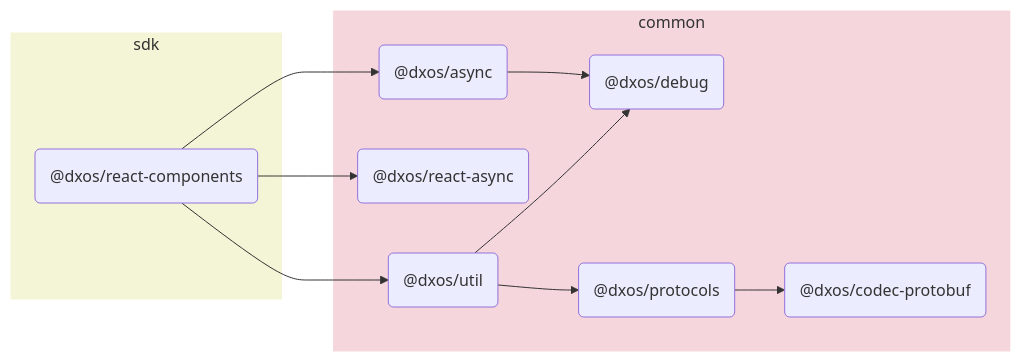
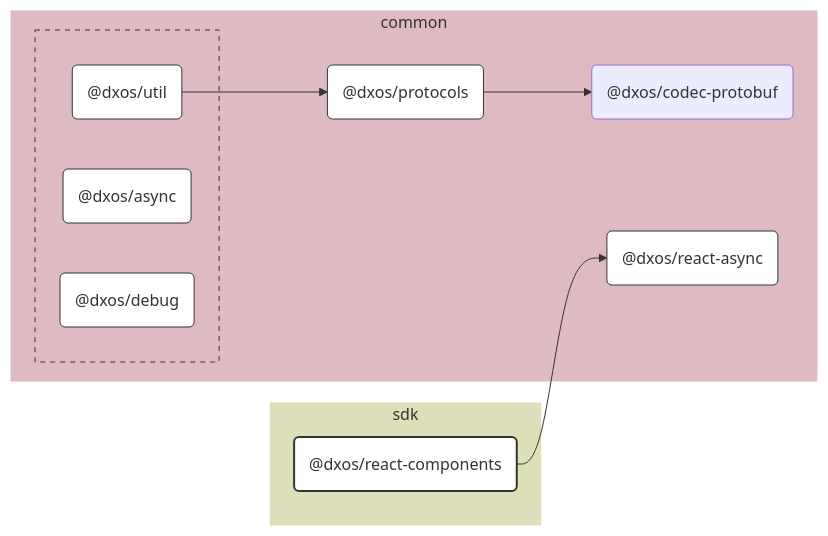
One commit to dxos/dxos changed the diagram in packages/sdk/react-components/docs/README.md. Above: the diagram before and after it, drawn with Mermaid. The commit also changed other lines of this file and 109 other files, not shown here.

````diff
--- a/packages/sdk/react-components/docs/README.md
+++ b/packages/sdk/react-components/docs/README.md
@@ -5,26 +7,54 @@
 ```mermaid
-flowchart LR;
+%%{ init: {'flowchart':{'curve':'basis'}} }%%
 
+flowchart LR
+
+%% Links
+dxos/protocols --> dxos/codec-protobuf;
+dxos/react-components --> dxos/react-async;
+dxos/util --> dxos/protocols;
+
+%% Sections
 subgraph sdk
-  style sdk fill:#f4f5d6,stroke:#fff;
-  dxos/react-components("@dxos/react-components");
+  style sdk fill:#dddeba,stroke:#fff;
+
+  dxos/react-components("@dxos/react-components")
 end
 
 subgraph common
-  style common fill:#f5d6dd,stroke:#fff;
-  dxos/async("@dxos/async");
-  dxos/debug("@dxos/debug");
-  dxos/react-async("@dxos/react-async");
-  dxos/util("@dxos/util");
-  dxos/protocols("@dxos/protocols");
-  dxos/codec-protobuf("@dxos/codec-protobuf");
+  style common fill:#debac2,stroke:#fff;
+
+  dxos/codec-protobuf("@dxos/codec-protobuf")
+  dxos/protocols("@dxos/protocols")
+  dxos/react-async("@dxos/react-async")
+
+  subgraph common-excluded [ ]
+    style common-excluded fill:#debac2,stroke:#333,stroke-dasharray:5 5;
+
+    dxos/async("@dxos/async")
+    dxos/debug("@dxos/debug")
+    dxos/util("@dxos/util")
+  end
 end
 
-dxos/react-components --> dxos/async;
-dxos/async --> dxos/debug;
-dxos/react-components --> dxos/react-async;
-dxos/react-components --> dxos/util;
-dxos/util --> dxos/debug;
-dxos/util --> dxos/protocols;
-dxos/protocols --> dxos/codec-protobuf;
+
+%% Hyperlinks
+click dxos/async href "https:/github.com/dxos/dxos/tree/main/packages/common/async/docs";
+click dxos/debug href "https:/github.com/dxos/dxos/tree/main/packages/common/debug/docs";
+click dxos/protocols href "https:/github.com/dxos/dxos/tree/main/packages/common/protocols/docs";
+click dxos/react-async href "https:/github.com/dxos/dxos/tree/main/packages/common/react-async/docs";
+click dxos/util href "https:/github.com/dxos/dxos/tree/main/packages/common/util/docs";
+
+%% Styles
+classDef rootNode fill:#fff,stroke:#333,stroke-width:2px
+classDef defaultNode fill:#fff,stroke:#333,stroke-width:1px
+linkStyle default stroke:#333,stroke-width:1px
+
+dxos/react-components:::rootNode
+
+dxos/async:::defaultNode
+dxos/debug:::defaultNode
+dxos/protocols:::defaultNode
+dxos/react-async:::defaultNode
+dxos/util:::defaultNode
 ```
````
